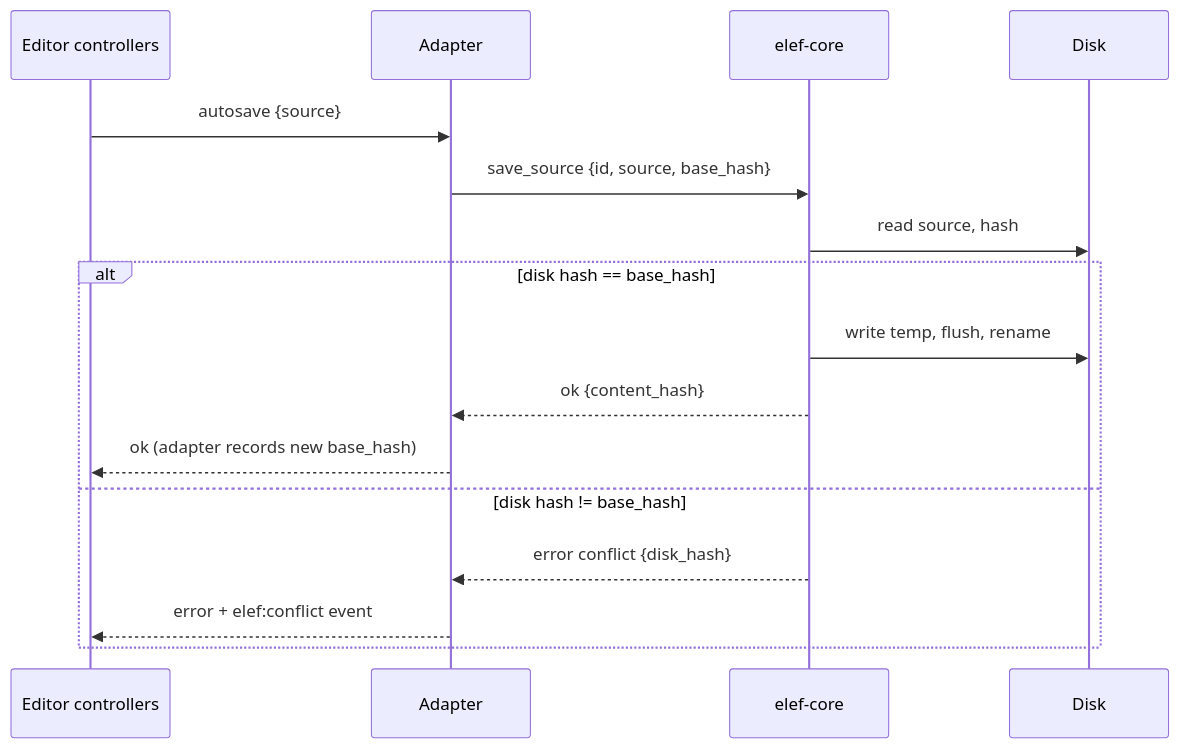
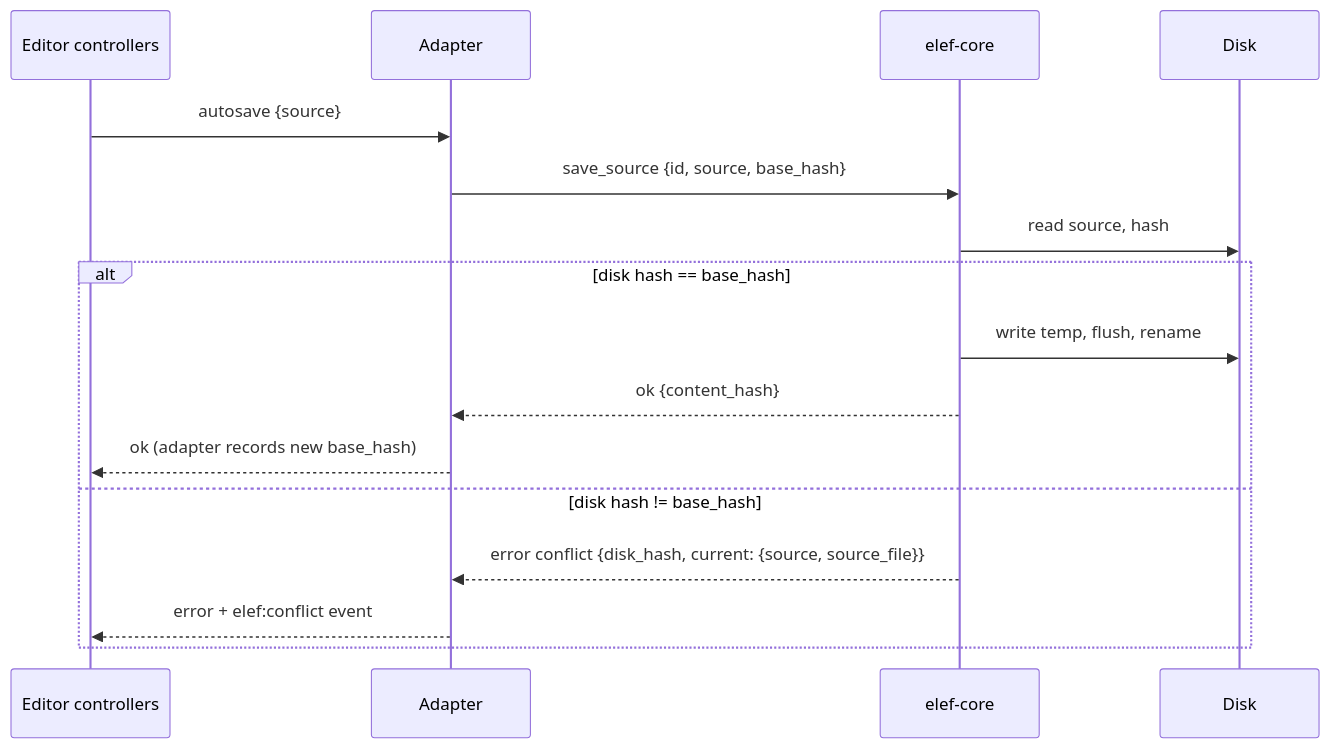
Before and after one commit to Hansespinosa2/elef: the diagram in docs/desktop/adr/008-safe-writes-and-conflict-detection.md, drawn with Mermaid. The commit also changed other lines of this file and 6 other files, not shown here.

````diff
--- a/docs/desktop/adr/008-safe-writes-and-conflict-detection.md
+++ b/docs/desktop/adr/008-safe-writes-and-conflict-detection.md
@@ -31,18 +31,18 @@
 ```mermaid
 sequenceDiagram
     participant E as Editor controllers
     participant A as Adapter
     participant C as elef-core
     participant D as Disk
     E->>A: autosave {source}
     A->>C: save_source {id, source, base_hash}
     C->>D: read source, hash
     alt disk hash == base_hash
         C->>D: write temp, flush, rename
         C-->>A: ok {content_hash}
         A-->>E: ok (adapter records new base_hash)
     else disk hash != base_hash
-        C-->>A: error conflict {disk_hash}
+        C-->>A: error conflict {disk_hash, current: {source, source_file}}
         A-->>E: error + elef:conflict event
     end
 ```
````
